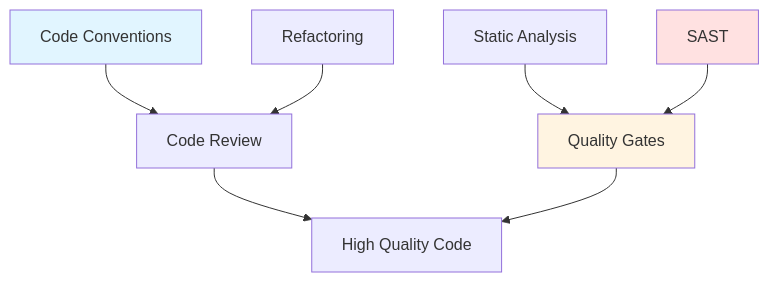
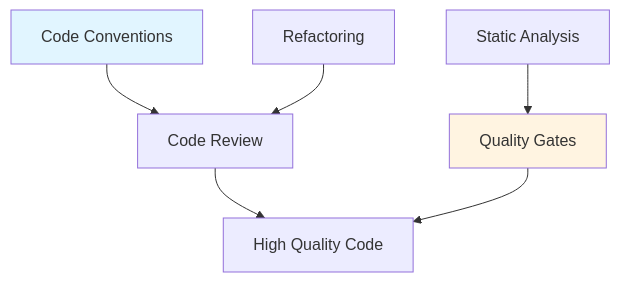
The diagram in docs/fundamentos-corporativos/estandares/desarrollo/code-quality.md (jclemente-tlm/tlm-doc-architecture), drawn with Mermaid before and after one commit. The commit also changed other lines of this file and 13 other files, not shown here.

````diff
--- a/docs/fundamentos-corporativos/estandares/desarrollo/code-quality.md
+++ b/docs/fundamentos-corporativos/estandares/desarrollo/code-quality.md
@@ -53,13 +37,11 @@
 ```mermaid
 graph TB
     A[Code Conventions] --> B[Code Review]
     C[Static Analysis] --> D[Quality Gates]
-    E[SAST] --> D
     F[Refactoring] --> B
     B --> G[High Quality Code]
     D --> G
 
     style A fill:#e1f5ff
-    style E fill:#ffe1e1
     style D fill:#fff4e1
 ```
````
